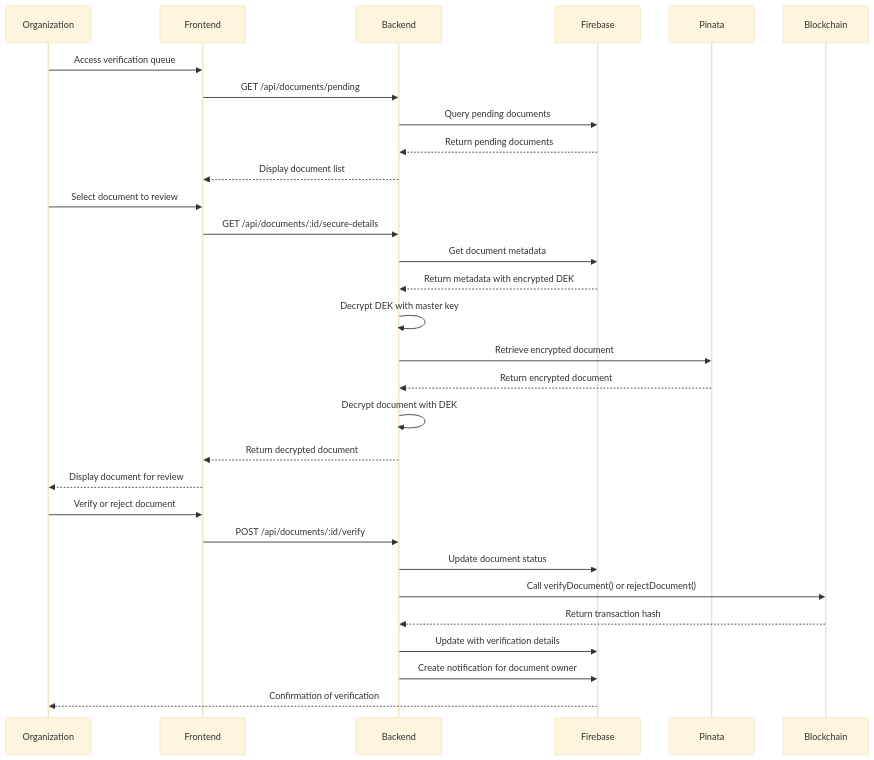
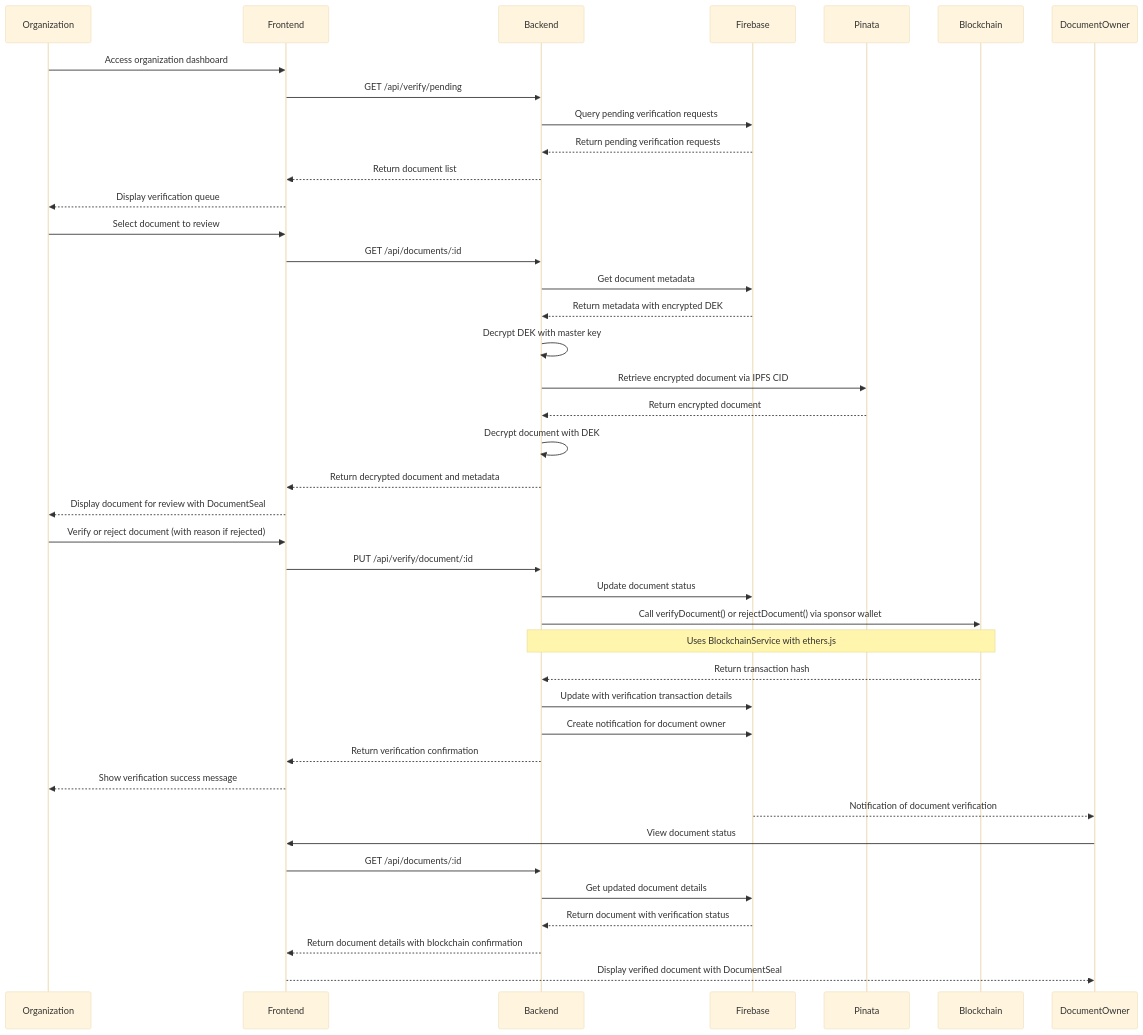
Before and after one commit to TheDonCipher/authentico-bolt: the diagram in docs/diagrams/verification-flow.md, drawn with Mermaid (base theme). The commit also changed 255 other files, not shown here.

````diff
--- a/docs/diagrams/verification-flow.md
+++ b/docs/diagrams/verification-flow.md
@@ -1,33 +1,47 @@
 ```mermaid
 sequenceDiagram
     participant Organization
     participant Frontend
     participant Backend
     participant Firebase
     participant Pinata
     participant Blockchain
+    participant DocumentOwner
 
-    Organization->>Frontend: Access verification queue
-    Frontend->>Backend: GET /api/documents/pending
-    Backend->>Firebase: Query pending documents
-    Firebase-->>Backend: Return pending documents
-    Backend-->>Frontend: Display document list
+    Organization->>Frontend: Access organization dashboard
+    Frontend->>Backend: GET /api/verify/pending
+    Backend->>Firebase: Query pending verification requests
+    Firebase-->>Backend: Return pending verification requests
+    Backend-->>Frontend: Return document list
+    Frontend-->>Organization: Display verification queue
+
     Organization->>Frontend: Select document to review
-    Frontend->>Backend: GET /api/documents/:id/secure-details
+    Frontend->>Backend: GET /api/documents/:id
     Backend->>Firebase: Get document metadata
     Firebase-->>Backend: Return metadata with encrypted DEK
     Backend->>Backend: Decrypt DEK with master key
-    Backend->>Pinata: Retrieve encrypted document
+    Backend->>Pinata: Retrieve encrypted document via IPFS CID
     Pinata-->>Backend: Return encrypted document
     Backend->>Backend: Decrypt document with DEK
-    Backend-->>Frontend: Return decrypted document
-    Frontend-->>Organization: Display document for review
-    Organization->>Frontend: Verify or reject document
-    Frontend->>Backend: POST /api/documents/:id/verify
+    Backend-->>Frontend: Return decrypted document and metadata
+    Frontend-->>Organization: Display document for review with DocumentSeal
+
+    Organization->>Frontend: Verify or reject document (with reason if rejected)
+    Frontend->>Backend: PUT /api/verify/document/:id
     Backend->>Firebase: Update document status
-    Backend->>Blockchain: Call verifyDocument() or rejectDocument()
+    Backend->>Blockchain: Call verifyDocument() or rejectDocument() via sponsor wallet
+    Note over Backend,Blockchain: Uses BlockchainService with ethers.js
     Blockchain-->>Backend: Return transaction hash
-    Backend->>Firebase: Update with verification details
+    Backend->>Firebase: Update with verification transaction details
     Backend->>Firebase: Create notification for document owner
-    Firebase-->>Organization: Confirmation of verification
+    Backend-->>Frontend: Return verification confirmation
+    Frontend-->>Organization: Show verification success message
+
+    Firebase-->>DocumentOwner: Notification of document verification
+    DocumentOwner->>Frontend: View document status
+    Frontend->>Backend: GET /api/documents/:id
+    Backend->>Firebase: Get updated document details
+    Firebase-->>Backend: Return document with verification status
+    Backend-->>Frontend: Return document details with blockchain confirmation
+    Frontend-->>DocumentOwner: Display verified document with DocumentSeal
 ```
````
